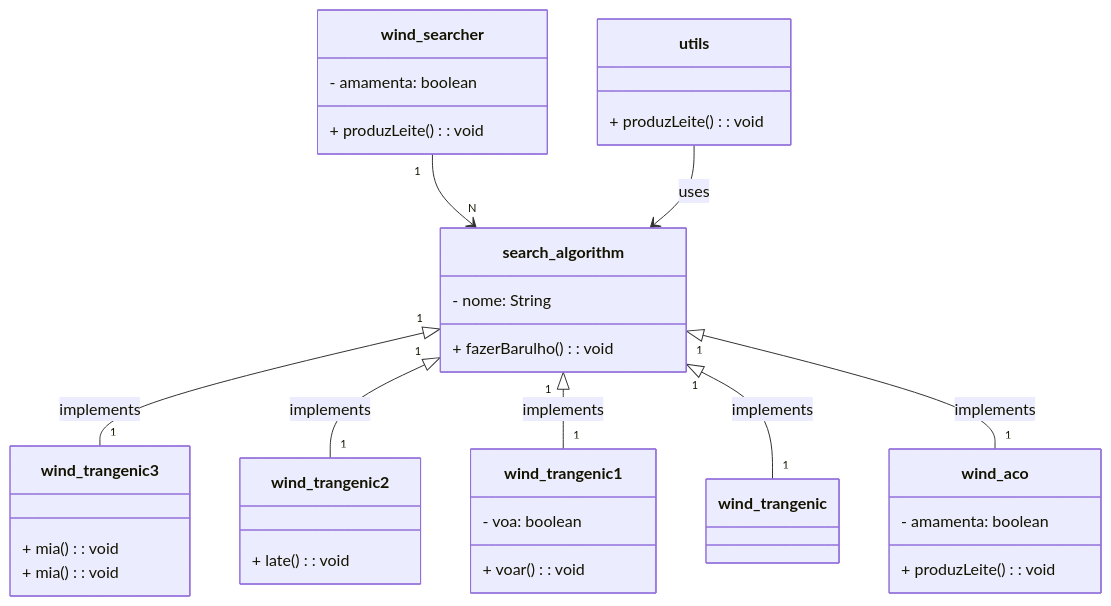
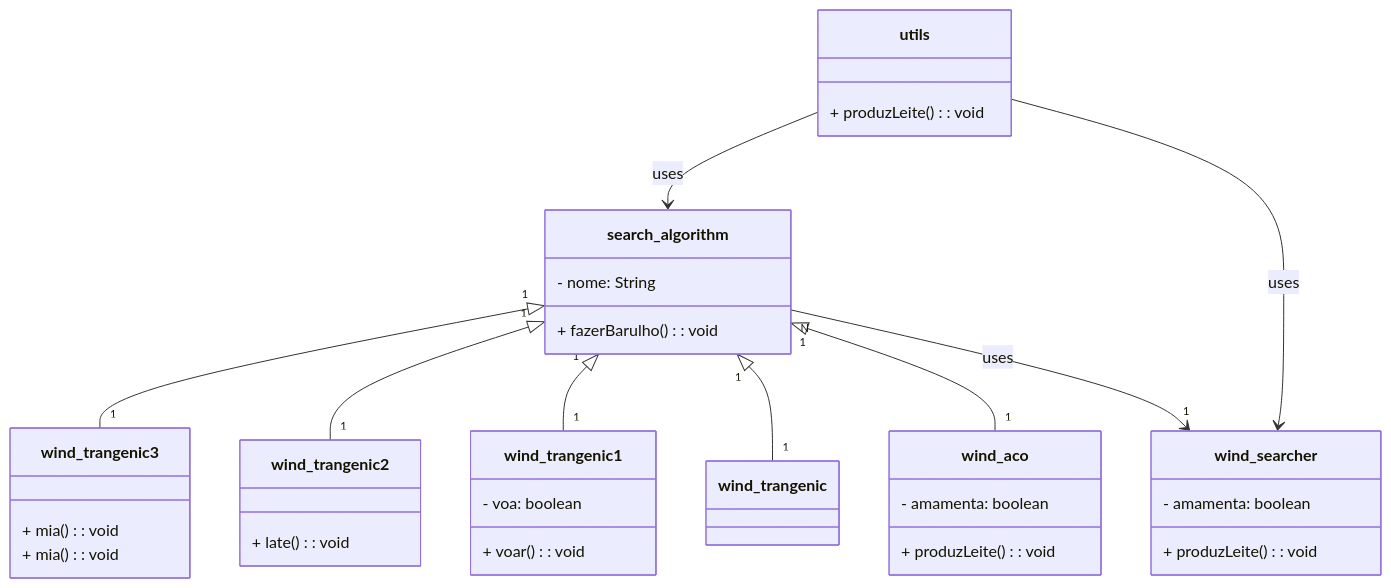
The diagram in docs/uml.md (FernandoSchett/wamuu), drawn with Mermaid before and after one commit.

Commit message:
[DOCS]: uml realtions updated

````diff
--- a/docs/uml.md
+++ b/docs/uml.md
@@ -5,47 +5,48 @@
 ```mermaid
 classDiagram
 
   class search_algorithm {
     - nome: String
     + fazerBarulho(): void
   }
 
   class wind_aco {
     - amamenta: boolean
     + produzLeite(): void
   }
 
   class wind_trangenic1{
     - voa: boolean
     + voar(): void
   }
 
   class wind_trangenic2{
     + late(): void
   }
 
   class wind_trangenic3{
     + mia(): void
   }
 
   class wind_trangenic3{
     + mia(): void
   }
 
   class wind_searcher {
     - amamenta: boolean
     + produzLeite(): void
   }
 
   class utils {
     + produzLeite(): void
   }
 
-  search_algorithm "1" <|-- "1" wind_trangenic3: implements
-  search_algorithm "1" <|-- "1" wind_trangenic2: implements 
-  search_algorithm "1" <|-- "1" wind_trangenic1: implements
-  search_algorithm "1" <|-- "1" wind_trangenic: implements
-  search_algorithm "1" <|-- "1" wind_aco: implements
-  wind_searcher "1" --> "N" search_algorithm:  
+  search_algorithm "1" <|-- "1" wind_trangenic3
+  search_algorithm "1" <|-- "1" wind_trangenic2 
+  search_algorithm "1" <|-- "1" wind_trangenic1
+  search_algorithm "1" <|-- "1" wind_trangenic
+  search_algorithm "1" <|-- "1" wind_aco
+  search_algorithm "N" --> "1" wind_searcher: uses  
   utils --> search_algorithm: uses
+  utils --> wind_searcher: uses
 ```
````
